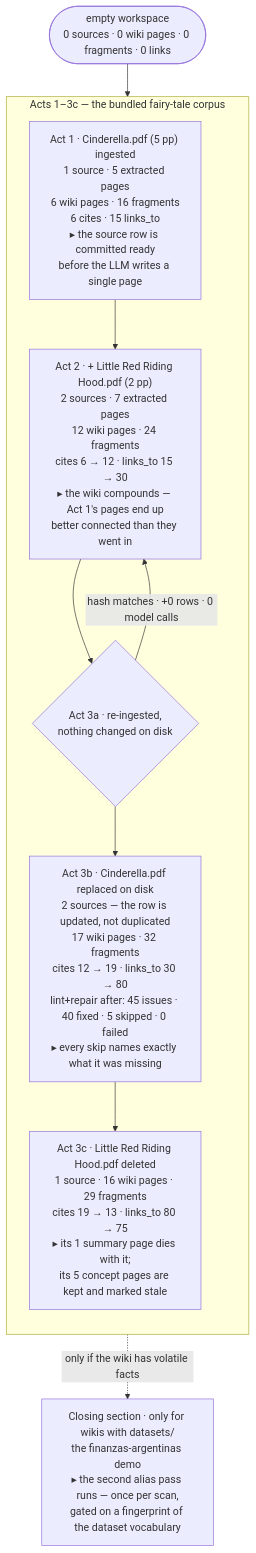
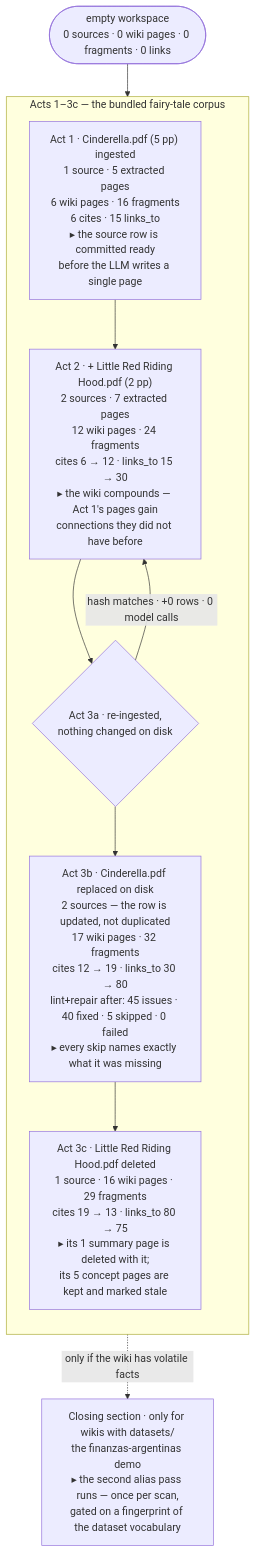
The third of 5 diagrams in docs/ingestion_walkthrough.md (Clod/llmwiki-marimo), drawn with Mermaid before and after one commit. The commit also changed other lines of this file and 1 other file, not shown here.

````diff
--- a/docs/ingestion_walkthrough.md
+++ b/docs/ingestion_walkthrough.md
@@ -992,19 +992,19 @@
 ```mermaid
 flowchart TD
     E(["empty workspace<br/>0 sources · 0 wiki pages · 0 fragments · 0 links"])
 
     subgraph FT ["Acts 1–3c — the bundled fairy-tale corpus"]
         direction TB
         A1["Act 1 · Cinderella.pdf (5 pp) ingested<br/>1 source · 5 extracted pages<br/>6 wiki pages · 16 fragments<br/>6 cites · 15 links_to<br/>▸ the source row is committed ready<br/>before the LLM writes a single page"]
-        A2["Act 2 · + Little Red Riding Hood.pdf (2 pp)<br/>2 sources · 7 extracted pages<br/>12 wiki pages · 24 fragments<br/>cites 6 → 12 · links_to 15 → 30<br/>▸ the wiki compounds — Act 1's pages end up<br/>better connected than they went in"]
+        A2["Act 2 · + Little Red Riding Hood.pdf (2 pp)<br/>2 sources · 7 extracted pages<br/>12 wiki pages · 24 fragments<br/>cites 6 → 12 · links_to 15 → 30<br/>▸ the wiki compounds — Act 1's pages gain<br/>connections they did not have before"]
         A3a{"Act 3a · re-ingested,<br/>nothing changed on disk"}
         A3b["Act 3b · Cinderella.pdf replaced on disk<br/>2 sources — the row is updated, not duplicated<br/>17 wiki pages · 32 fragments<br/>cites 12 → 19 · links_to 30 → 80<br/>lint+repair after: 45 issues · 40 fixed · 5 skipped · 0 failed<br/>▸ every skip names exactly what it was missing"]
-        A3c["Act 3c · Little Red Riding Hood.pdf deleted<br/>1 source · 16 wiki pages · 29 fragments<br/>cites 19 → 13 · links_to 80 → 75<br/>▸ its 1 summary page dies with it;<br/>its 5 concept pages are kept and marked stale"]
+        A3c["Act 3c · Little Red Riding Hood.pdf deleted<br/>1 source · 16 wiki pages · 29 fragments<br/>cites 19 → 13 · links_to 80 → 75<br/>▸ its 1 summary page is deleted with it;<br/>its 5 concept pages are kept and marked stale"]
     end
 
     COD["Closing section · only for wikis with datasets/<br/>the finanzas-argentinas demo<br/>▸ the second alias pass runs — once per scan,<br/>gated on a fingerprint of the dataset vocabulary"]
 
     E --> A1 --> A2 --> A3a
     A3a -->|"hash matches · +0 rows · 0 model calls"| A2
     A3a --> A3b --> A3c -.->|"only if the wiki has volatile facts"| COD
 ```
````
